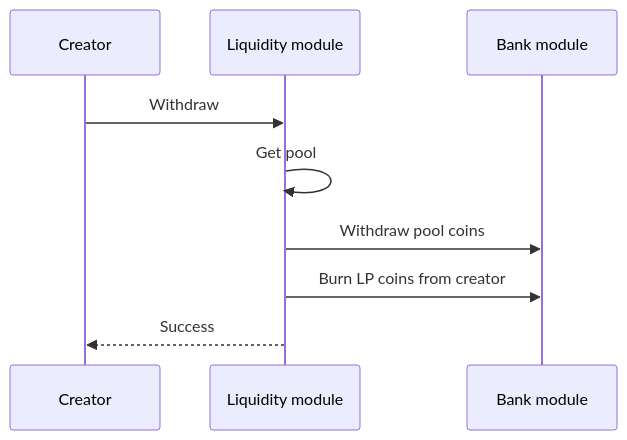
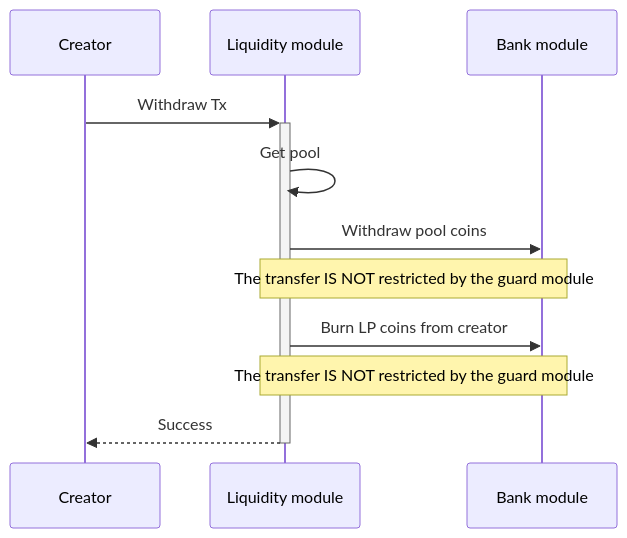
The fourth of 10 diagrams in x/liquidity/spec/09_txs_flows.md (MANTRA-Chain/mantrachain), drawn with Mermaid before and after one commit. The commit also changed other lines of this file and 12 other files, not shown here.

Commit message:
docs: add update txs flows docs

````diff
--- a/x/liquidity/spec/09_txs_flows.md
+++ b/x/liquidity/spec/09_txs_flows.md
@@ -57,8 +55,10 @@
 ```mermaid
 sequenceDiagram
-Creator ->> Liquidity module: Withdraw
+Creator->>+Liquidity module: Withdraw Tx
 Liquidity module->>Liquidity module: Get pool
 Liquidity module->>Bank module: Withdraw pool coins
-Liquidity module->> Bank module: Burn LP coins from creator
-Liquidity module-->> Creator: Success
+Note over Liquidity module, Bank module: The transfer IS NOT restricted by the guard module
+Liquidity module->>Bank module: Burn LP coins from creator
+Note over Liquidity module, Bank module: The transfer IS NOT restricted by the guard module
+Liquidity module-->>-Creator: Success
 ```
````
